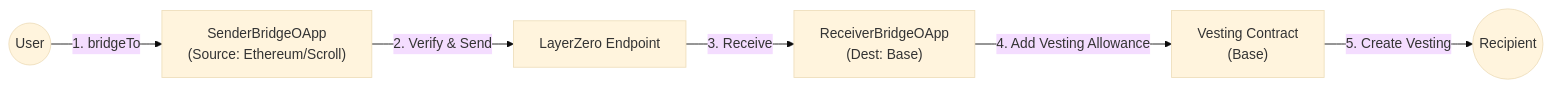
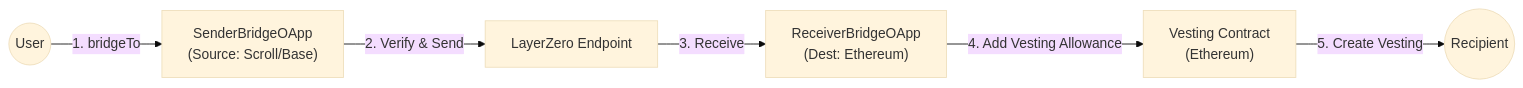
One commit to InternetMaximalism/intmax2-itx-bridge-contract changed the diagram in README.md. Above: the diagram before and after it, drawn with Mermaid (base theme). The commit also changed other lines of this file and 7 other files, not shown here.

````diff
--- a/README.md
+++ b/README.md
@@ -11,8 +11,8 @@
 ```mermaid
 graph LR
-    User((User)) --> |1. bridgeTo| Sender["SenderBridgeOApp<br>(Source: Ethereum/Scroll)"]
+    User((User)) --> |1. bridgeTo| Sender["SenderBridgeOApp<br>(Source: Scroll/Base)"]
     Sender --> |2. Verify & Send| LZ[LayerZero Endpoint]
-    LZ --> |3. Receive| Receiver["ReceiverBridgeOApp<br>(Dest: Base)"]
-    Receiver --> |4. Add Vesting Allowance| Vesting["Vesting Contract<br>(Base)"]
+    LZ --> |3. Receive| Receiver["ReceiverBridgeOApp<br>(Dest: Ethereum)"]
+    Receiver --> |4. Add Vesting Allowance| Vesting["Vesting Contract<br>(Ethereum)"]
     Vesting --> |5. Create Vesting| Recipient((Recipient))
 ```
````
